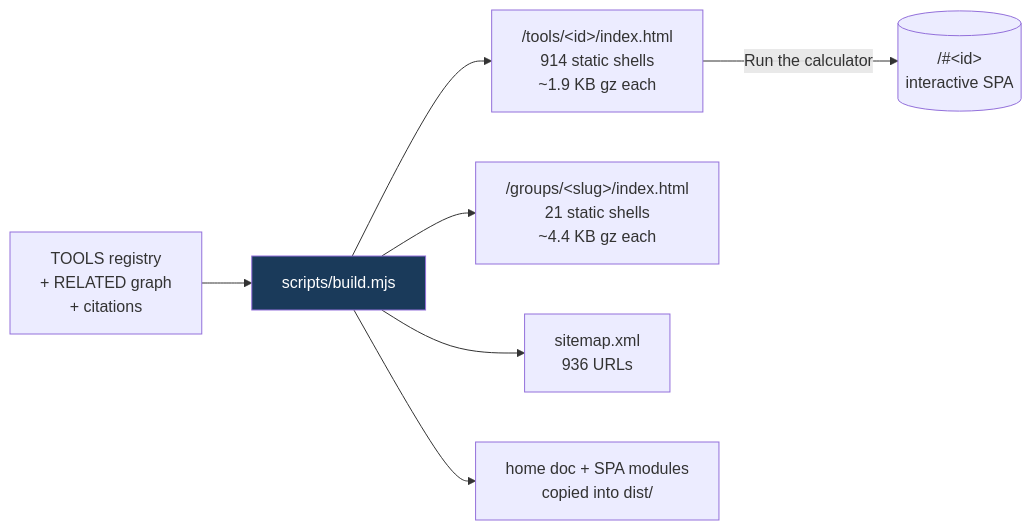
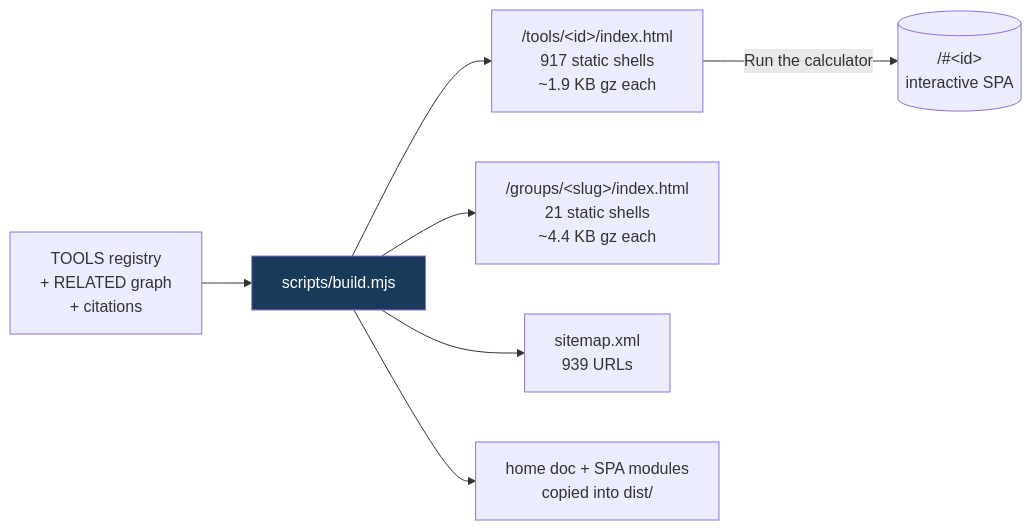
The fifth of 8 diagrams in README.md (clay-good/roughlogic.com), drawn with Mermaid before and after one commit. The commit also changed other lines of this file and 18 other files, not shown here.

````diff
--- a/README.md
+++ b/README.md
@@ -495,10 +495,10 @@
 ```mermaid
 flowchart LR
     SRC[TOOLS registry\n+ RELATED graph\n+ citations] --> BUILD[scripts/build.mjs]
-    BUILD --> TILE["/tools/&lt;id&gt;/index.html\n914 static shells\n~1.9 KB gz each"]
+    BUILD --> TILE["/tools/&lt;id&gt;/index.html\n917 static shells\n~1.9 KB gz each"]
     BUILD --> GROUP["/groups/&lt;slug&gt;/index.html\n21 static shells\n~4.4 KB gz each"]
-    BUILD --> MAP["sitemap.xml\n936 URLs"]
+    BUILD --> MAP["sitemap.xml\n939 URLs"]
     BUILD --> COPY[home doc + SPA modules\ncopied into dist/]
     TILE -->|Run the calculator| SPA[("/#&lt;id&gt;\ninteractive SPA")]
     style BUILD fill:#1a3a5a,color:#fff
 ```
````
